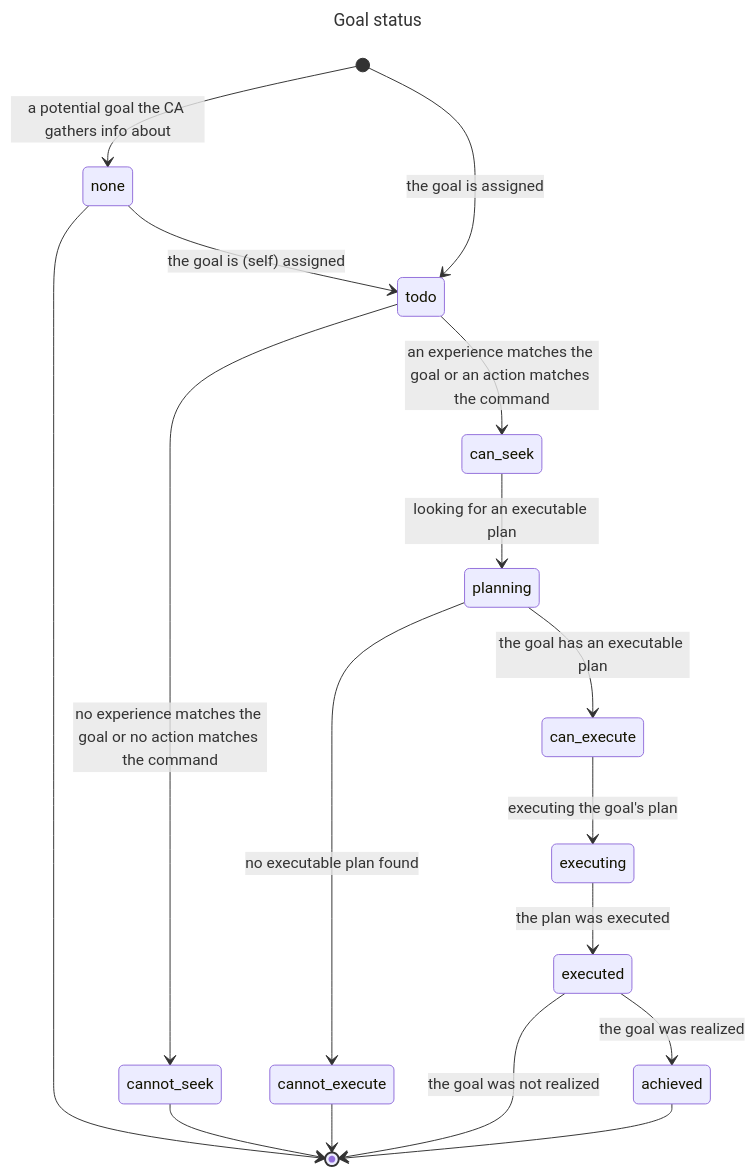
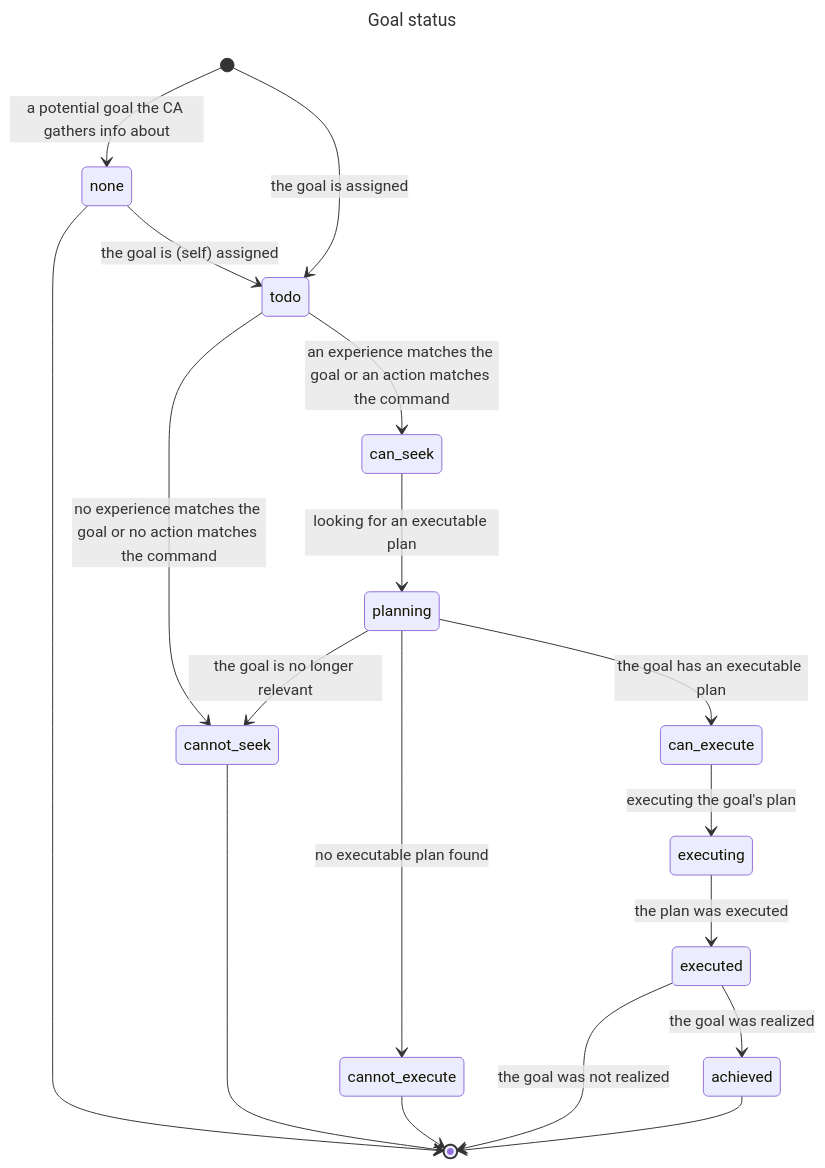
One commit to jfcloutier/karma_system changed the first of 2 diagrams in design_notes/acting.md. Above: the diagram before and after it, drawn with Mermaid. The commit also changed 1 other file, not shown here.

Commit message:
goal state planning --> cannot_seek when a directive becomes irrelevant

````diff
--- a/design_notes/acting.md
+++ b/design_notes/acting.md
@@ -241,22 +241,23 @@
 ```mermaid
 ---
 title: Goal status
 ---
 stateDiagram-v2
     [*] --> none : a potential goal the CA gathers info about
     none --> todo : the goal is (self) assigned
     [*] --> todo : the goal is assigned
     none --> [*]
     todo --> can_seek : an experience matches the goal or an action matches the command
     todo --> cannot_seek: no experience matches the goal or no action matches the command
     cannot_seek --> [*]
     can_seek --> planning : looking for an executable plan
     planning --> can_execute : the goal has an executable plan
     planning --> cannot_execute : no executable plan found
+    planning --> cannot_seek : the goal is no longer relevant
     cannot_execute --> [*]
     can_execute --> executing : executing the goal's plan
     executing --> executed : the plan was executed
     executed --> achieved : the goal was realized
     executed --> [*] : the goal was not realized
     achieved --> [*]
 ```  
````
